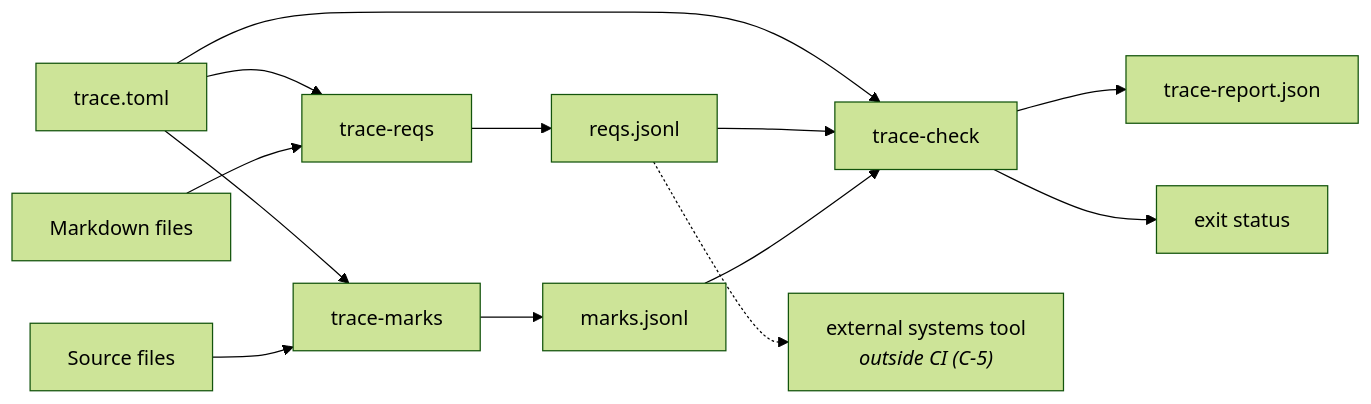
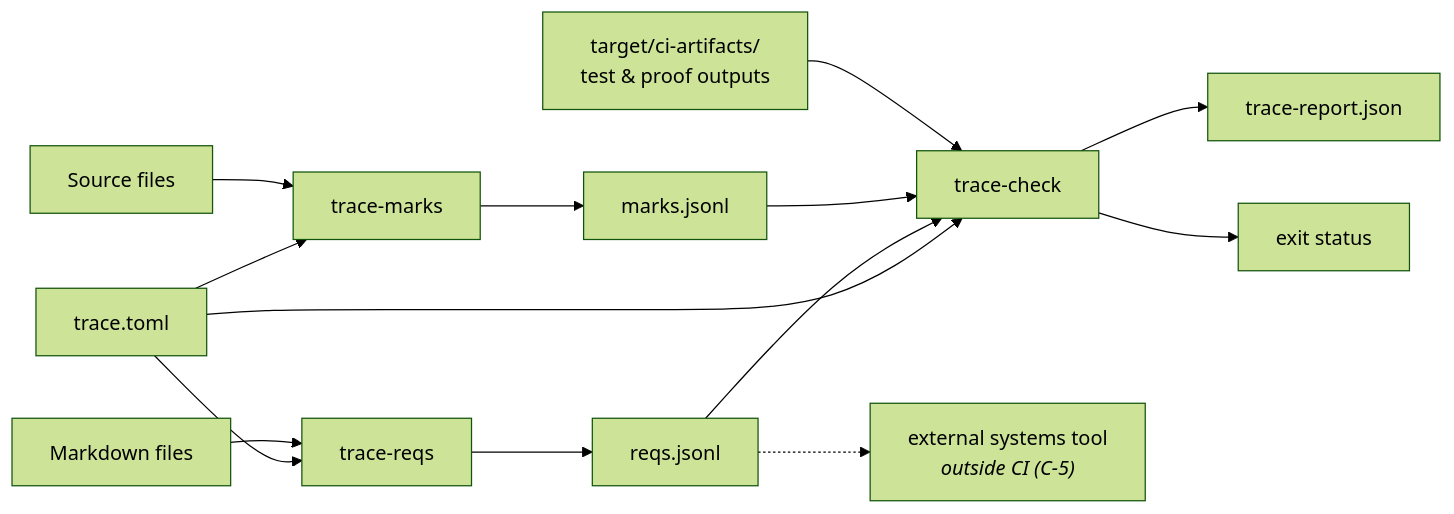
Before and after one commit to Dyse-Industries/control-rs: the first of 2 diagrams in documentation/vv/requirement-traceability-design.md, drawn with Mermaid (forest theme). The commit also changed other lines of this file and 19 other files, not shown here.

````diff
--- a/documentation/vv/requirement-traceability-design.md
+++ b/documentation/vv/requirement-traceability-design.md
@@ -240,15 +244,16 @@
 ```mermaid
 flowchart LR
     Cfg["trace.toml"] --> TR
     Cfg --> TM
     Cfg --> TC
     Docs["Markdown files"] --> TR["trace-reqs"]
     TR --> RJ["reqs.jsonl"]
     Src["Source files"] --> TM["trace-marks"]
     TM --> MJ["marks.jsonl"]
     RJ --> TC["trace-check"]
     MJ --> TC
+    Res["target/ci-artifacts/<br/>test & proof outputs"] --> TC
     TC --> Rep["trace-report.json"]
     TC --> Exit["exit status"]
     RJ -.-> Ext["external systems tool<br/><i>outside CI (C-5)</i>"]
 ```
````
